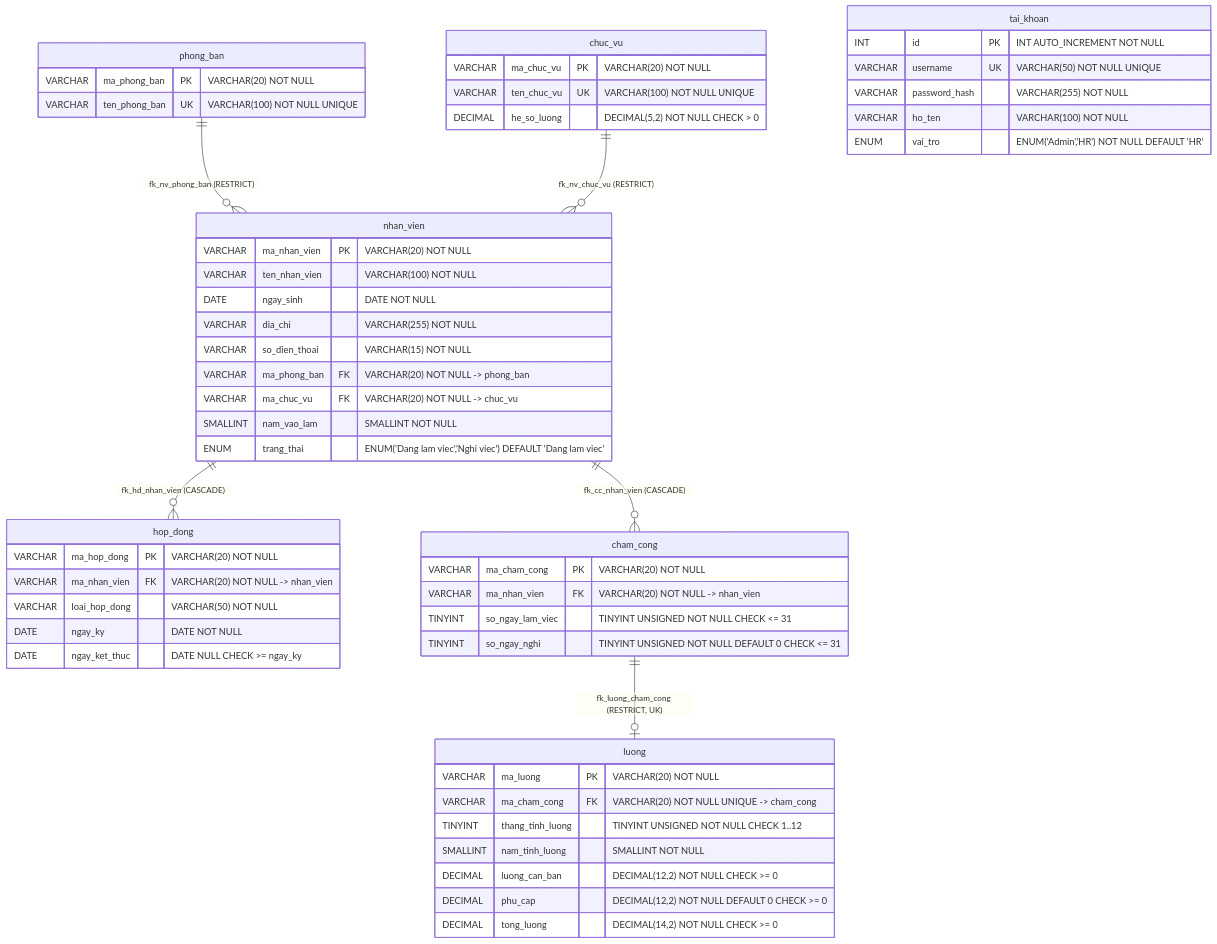
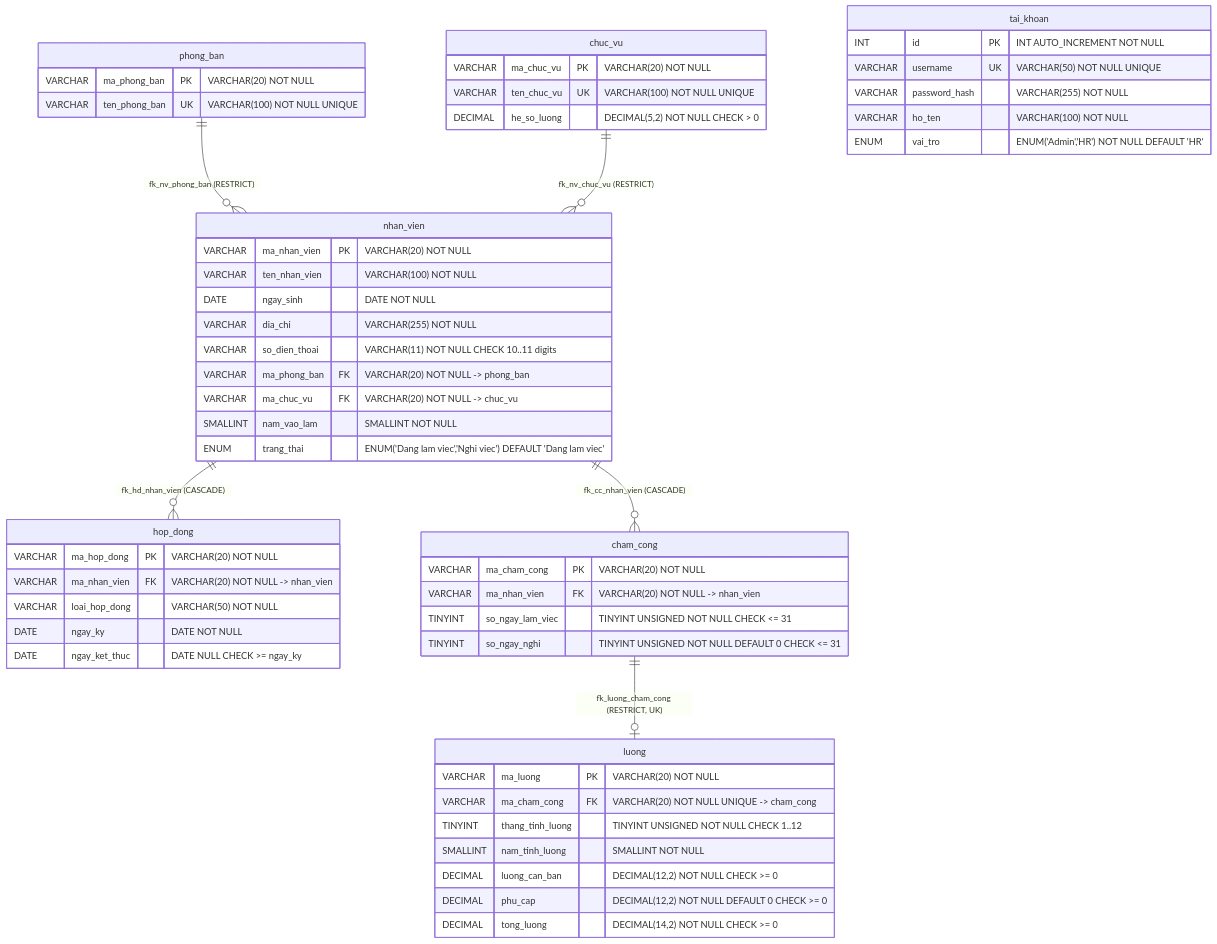
Before and after one commit to thaib2203736/human-resources-management: the third of 3 diagrams in docs/database-design.md, drawn with Mermaid. The commit also changed other lines of this file and 13 other files, not shown here.

````diff
--- a/docs/database-design.md
+++ b/docs/database-design.md
@@ -176,64 +176,64 @@
 ```mermaid
 erDiagram
   phong_ban ||--o{ nhan_vien : "fk_nv_phong_ban (RESTRICT)"
   chuc_vu ||--o{ nhan_vien : "fk_nv_chuc_vu (RESTRICT)"
   nhan_vien ||--o{ hop_dong : "fk_hd_nhan_vien (CASCADE)"
   nhan_vien ||--o{ cham_cong : "fk_cc_nhan_vien (CASCADE)"
   cham_cong ||--o| luong : "fk_luong_cham_cong (RESTRICT, UK)"
 
   phong_ban {
     VARCHAR ma_phong_ban PK "VARCHAR(20) NOT NULL"
     VARCHAR ten_phong_ban UK "VARCHAR(100) NOT NULL UNIQUE"
   }
 
   chuc_vu {
     VARCHAR ma_chuc_vu PK "VARCHAR(20) NOT NULL"
     VARCHAR ten_chuc_vu UK "VARCHAR(100) NOT NULL UNIQUE"
     DECIMAL he_so_luong "DECIMAL(5,2) NOT NULL CHECK > 0"
   }
 
   nhan_vien {
     VARCHAR ma_nhan_vien PK "VARCHAR(20) NOT NULL"
     VARCHAR ten_nhan_vien "VARCHAR(100) NOT NULL"
     DATE ngay_sinh "DATE NOT NULL"
     VARCHAR dia_chi "VARCHAR(255) NOT NULL"
-    VARCHAR so_dien_thoai "VARCHAR(15) NOT NULL"
+    VARCHAR so_dien_thoai "VARCHAR(11) NOT NULL CHECK 10..11 digits"
     VARCHAR ma_phong_ban FK "VARCHAR(20) NOT NULL -> phong_ban"
     VARCHAR ma_chuc_vu FK "VARCHAR(20) NOT NULL -> chuc_vu"
     SMALLINT nam_vao_lam "SMALLINT NOT NULL"
     ENUM trang_thai "ENUM('Dang lam viec','Nghi viec') DEFAULT 'Dang lam viec'"
   }
 
   hop_dong {
     VARCHAR ma_hop_dong PK "VARCHAR(20) NOT NULL"
     VARCHAR ma_nhan_vien FK "VARCHAR(20) NOT NULL -> nhan_vien"
     VARCHAR loai_hop_dong "VARCHAR(50) NOT NULL"
     DATE ngay_ky "DATE NOT NULL"
     DATE ngay_ket_thuc "DATE NULL CHECK >= ngay_ky"
   }
 
   cham_cong {
     VARCHAR ma_cham_cong PK "VARCHAR(20) NOT NULL"
     VARCHAR ma_nhan_vien FK "VARCHAR(20) NOT NULL -> nhan_vien"
     TINYINT so_ngay_lam_viec "TINYINT UNSIGNED NOT NULL CHECK <= 31"
     TINYINT so_ngay_nghi "TINYINT UNSIGNED NOT NULL DEFAULT 0 CHECK <= 31"
   }
 
   luong {
     VARCHAR ma_luong PK "VARCHAR(20) NOT NULL"
     VARCHAR ma_cham_cong FK "VARCHAR(20) NOT NULL UNIQUE -> cham_cong"
     TINYINT thang_tinh_luong "TINYINT UNSIGNED NOT NULL CHECK 1..12"
     SMALLINT nam_tinh_luong "SMALLINT NOT NULL"
     DECIMAL luong_can_ban "DECIMAL(12,2) NOT NULL CHECK >= 0"
     DECIMAL phu_cap "DECIMAL(12,2) NOT NULL DEFAULT 0 CHECK >= 0"
     DECIMAL tong_luong "DECIMAL(14,2) NOT NULL CHECK >= 0"
   }
 
   tai_khoan {
     INT id PK "INT AUTO_INCREMENT NOT NULL"
     VARCHAR username UK "VARCHAR(50) NOT NULL UNIQUE"
     VARCHAR password_hash "VARCHAR(255) NOT NULL"
     VARCHAR ho_ten "VARCHAR(100) NOT NULL"
     ENUM vai_tro "ENUM('Admin','HR') NOT NULL DEFAULT 'HR'"
   }
 ```
````
